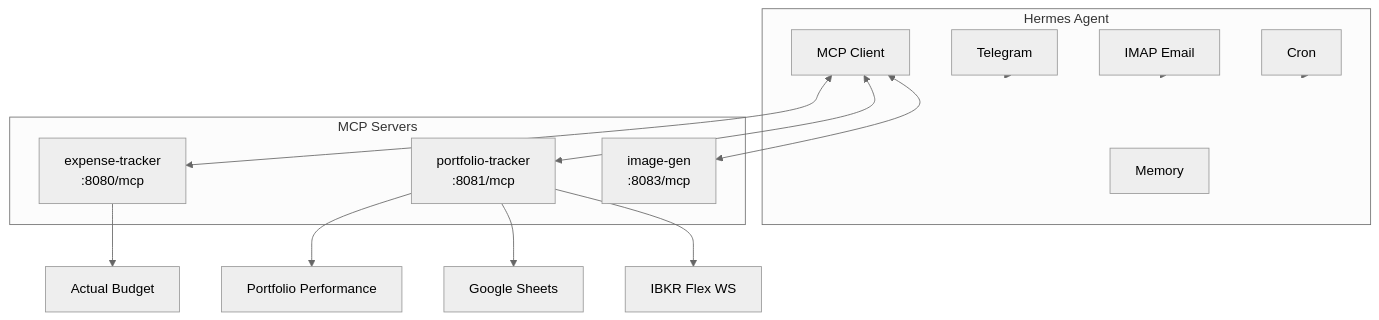
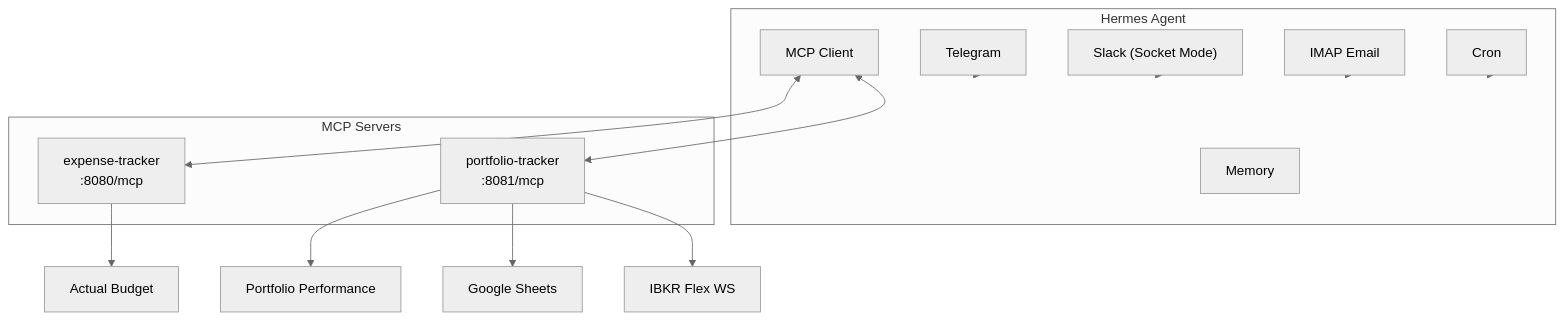
The fourth of 8 diagrams in design.md (darrencjh8/darren-openclaw), drawn with Mermaid (neutral theme) before and after one commit. The commit also changed other lines of this file and 17 other files, not shown here.

````diff
--- a/design.md
+++ b/design.md
@@ -386,28 +317,28 @@
 ```mermaid
 graph TB
     subgraph Hermes["Hermes Agent"]
         TG["Telegram"]
+        SL["Slack (Socket Mode)"]
         Email["IMAP Email"]
         MEM["Memory"]
         CRON["Cron"]
         MCP["MCP Client"]
     end
 
     subgraph Modules["MCP Servers"]
         ET["expense-tracker\n:8080/mcp"]
         PT["portfolio-tracker\n:8081/mcp"]
-        IG["image-gen\n:8083/mcp"]
     end
 
     TG --> Hermes
+    SL --> Hermes
     Email --> Hermes
     CRON --> Hermes
     MCP <--> ET
     MCP <--> PT
-    MCP <--> IG
 
     ET --> AB["Actual Budget"]
     PT --> PP["Portfolio Performance"]
     PT --> GS["Google Sheets"]
     PT --> IBKR["IBKR Flex WS"]
 ```
````
